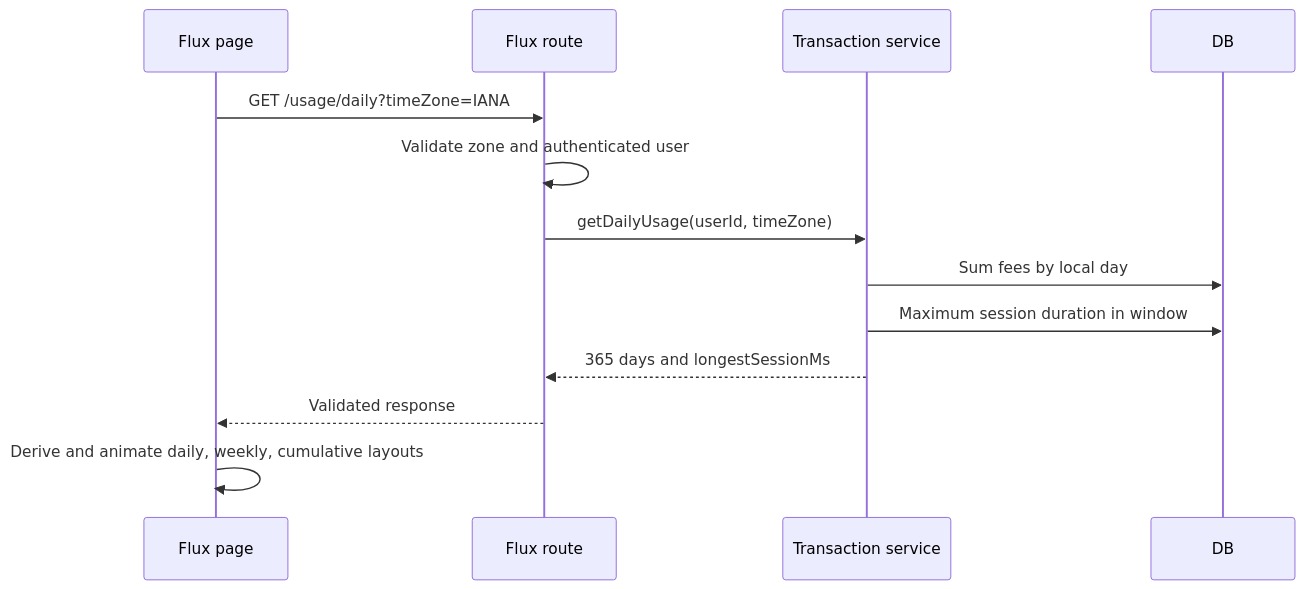
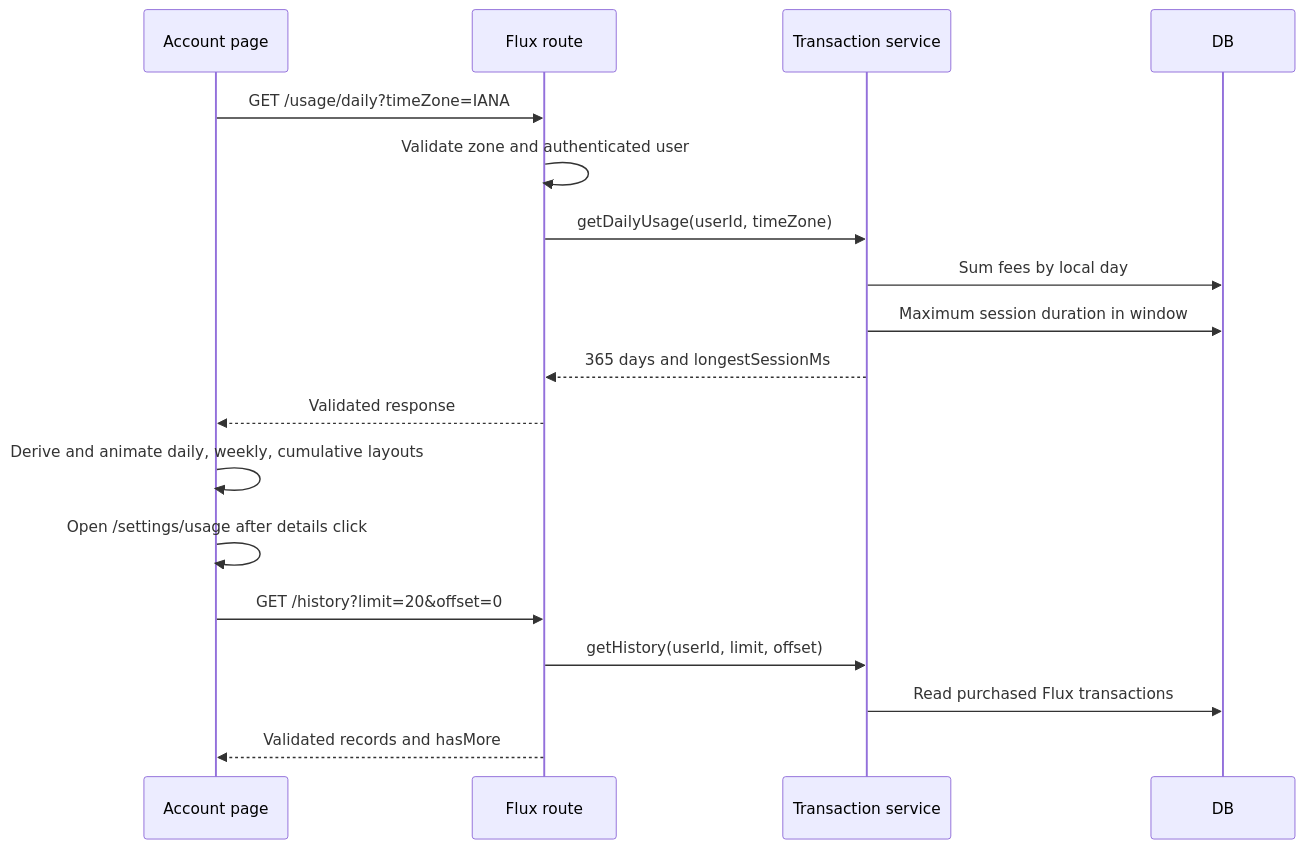
One commit to moeru-ai/airi changed the second of 2 diagrams in server/docs/ai/adr/2026-10-25-flux-usage-charts.md. Above: the diagram before and after it, drawn with Mermaid. The commit also changed other lines of this file and 16 other files, not shown here.

Commit message:
feat(stage-pages): move Flux activity to account settings

````diff
--- a/server/docs/ai/adr/2026-10-25-flux-usage-charts.md
+++ b/server/docs/ai/adr/2026-10-25-flux-usage-charts.md
@@ -50,15 +63,20 @@
 ```mermaid
 sequenceDiagram
-  participant Page as Flux page
+  participant Page as Account page
   participant API as Flux route
   participant Service as Transaction service
   participant DB
   Page->>API: GET /usage/daily?timeZone=IANA
   API->>API: Validate zone and authenticated user
   API->>Service: getDailyUsage(userId, timeZone)
   Service->>DB: Sum fees by local day
   Service->>DB: Maximum session duration in window
   Service-->>API: 365 days and longestSessionMs
   API-->>Page: Validated response
   Page->>Page: Derive and animate daily, weekly, cumulative layouts
+  Page->>Page: Open /settings/usage after details click
+  Page->>API: GET /history?limit=20&offset=0
+  API->>Service: getHistory(userId, limit, offset)
+  Service->>DB: Read purchased Flux transactions
+  API-->>Page: Validated records and hasMore
 ```
````
